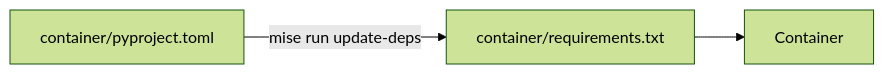
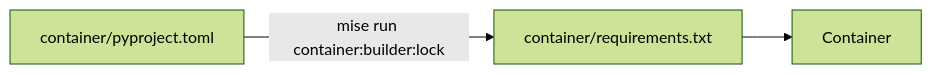
The diagram in docs/TOOLING.md (LamaGrid/lamadist), drawn with Mermaid (forest theme) before and after one commit. The commit also changed other lines of this file and 44 other files, not shown here.

````diff
--- a/docs/TOOLING.md
+++ b/docs/TOOLING.md
@@ -353,5 +353,5 @@
 ```mermaid
 flowchart LR
-    pyproject["container/pyproject.toml"] -- "mise run update-deps" --> reqs["container/requirements.txt"]
+    pyproject["container/pyproject.toml"] -- "mise run container:builder:lock" --> reqs["container/requirements.txt"]
     reqs --> container["Container"]
 ```
````
